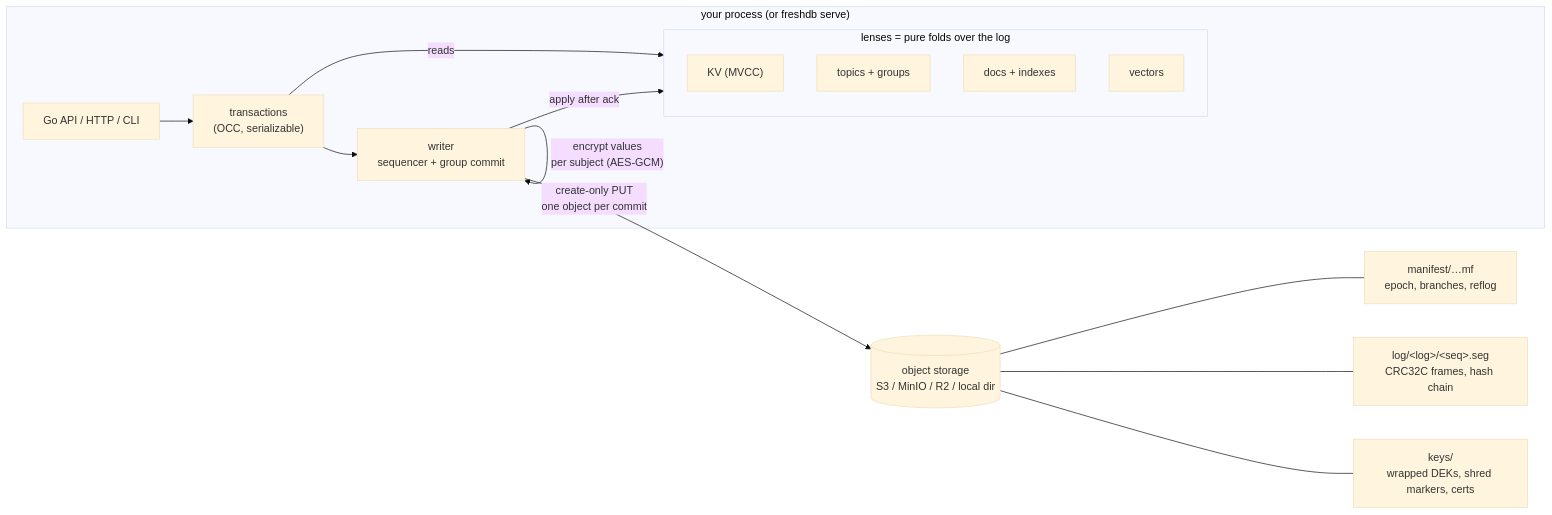
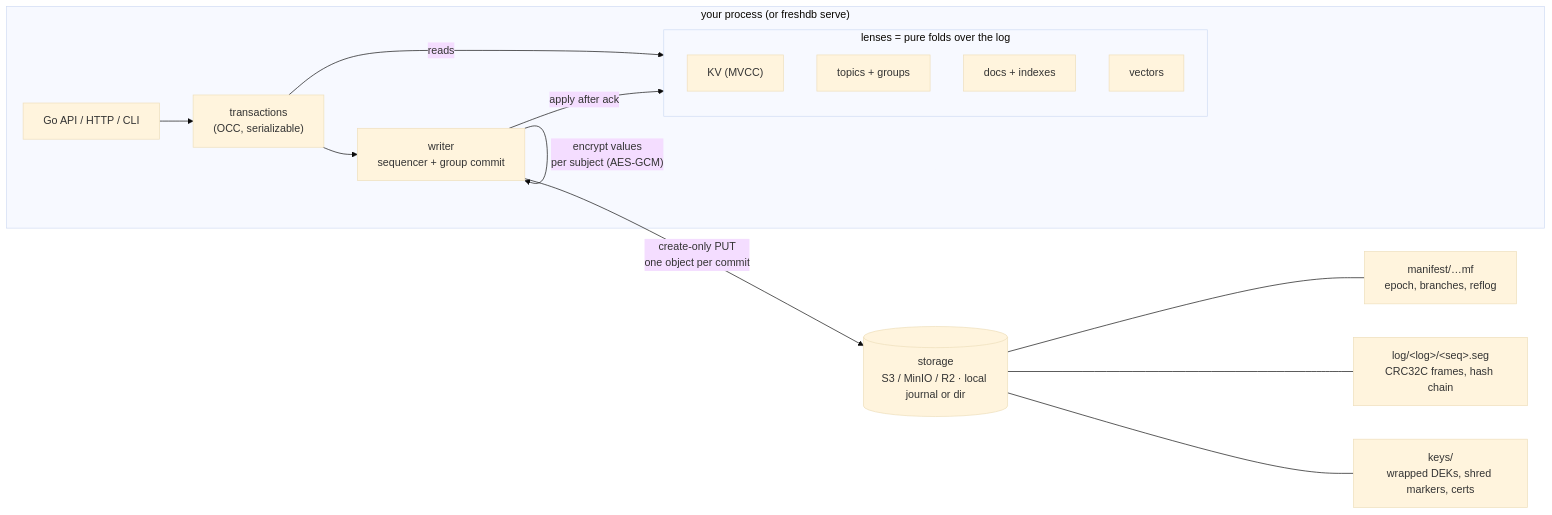
Before and after one commit to raman20/freshdb: the diagram in docs/architecture.md, drawn with Mermaid (base theme). The commit also changed other lines of this file and 3 other files, not shown here.

Commit message:
docs: architecture/formats/faq/lens-authoring for main (journal store, value positions + off-heap cache, hot-key escalation, KV2 snapshots)

````diff
--- a/docs/architecture.md
+++ b/docs/architecture.md
@@ -5,17 +7,17 @@
 ```mermaid
 flowchart LR
   subgraph App["your process (or freshdb serve)"]
     API["Go API / HTTP / CLI"] --> TX["transactions<br/>(OCC, serializable)"]
     TX --> W["writer<br/>sequencer + group commit"]
     W -->|"encrypt values<br/>per subject (AES-GCM)"| W
     subgraph Lenses["lenses = pure folds over the log"]
       KV["KV (MVCC)"]; TOP["topics + groups"]; DOC["docs + indexes"]; VEC["vectors"]
     end
     W -->|"apply after ack"| Lenses
     TX -->|reads| Lenses
   end
-  W -->|"create-only PUT<br/>one object per commit"| S3[("object storage<br/>S3 / MinIO / R2 / local dir")]
+  W -->|"create-only PUT<br/>one object per commit"| S3[("storage<br/>S3 / MinIO / R2 · local journal or dir")]
   S3 --- M["manifest/…mf<br/>epoch, branches, reflog"]
   S3 --- L["log/&lt;log&gt;/&lt;seq&gt;.seg<br/>CRC32C frames, hash chain"]
   S3 --- K["keys/<br/>wrapped DEKs, shred markers, certs"]
 ```
````
